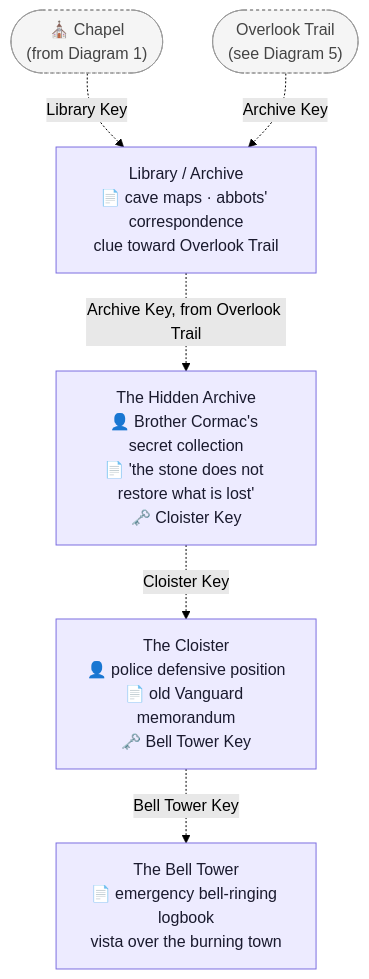
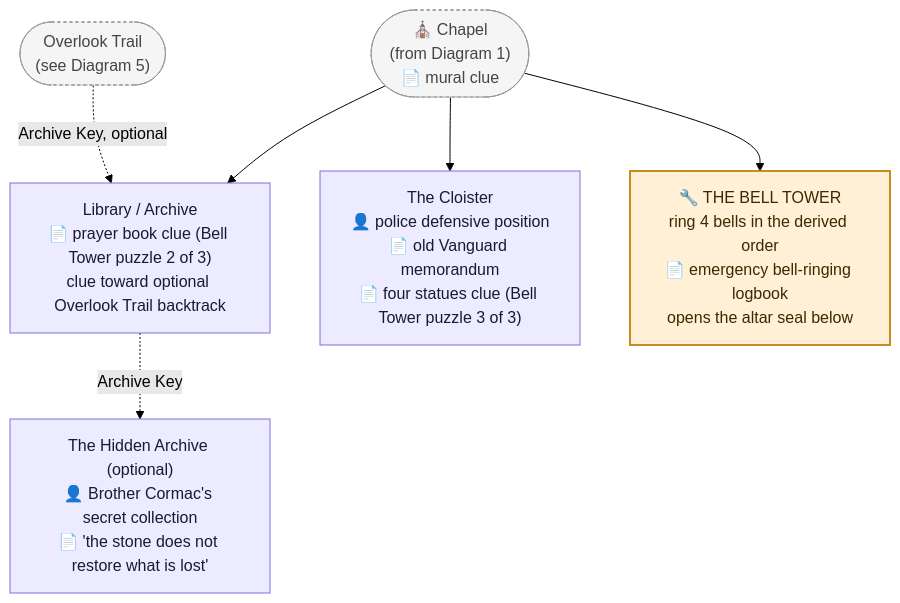
Before and after one commit to GIToez/Deadlock-Design: the third of 5 diagrams in DESIGN/Locations/Monastery.md, drawn with Mermaid (forest theme). The commit also changed other lines of this file and 5 other files, not shown here.

Commit message:
Refine puzzle designs: vary district opening rhythm, integrate Foundry rooms into casting line, redundant Academy clues, aggressive Monastery key cleanup, rebalance Police Station keys as optional

````diff
--- a/DESIGN/Locations/Monastery.md
+++ b/DESIGN/Locations/Monastery.md
@@ -531,20 +543,21 @@
 ```mermaid
 flowchart TD
-    CHAPELREF2(["⛪ Chapel<br/>(from Diagram 1)"])
+    CHAPELREF2(["⛪ Chapel<br/>(from Diagram 1)<br/>📄 mural clue"])
     TRAILREF(["Overlook Trail<br/>(see Diagram 5)"])
-    LIBRARY["Library / Archive<br/>📄 cave maps · abbots' correspondence<br/>clue toward Overlook Trail"]
-    HIDDEN["The Hidden Archive<br/>👤 Brother Cormac's secret collection<br/>📄 'the stone does not restore what is lost'<br/>🗝️ Cloister Key"]
-    CLOISTER["The Cloister<br/>👤 police defensive position<br/>📄 old Vanguard memorandum<br/>🗝️ Bell Tower Key"]
-    BELL["The Bell Tower<br/>📄 emergency bell-ringing logbook<br/>vista over the burning town"]
+    LIBRARY["Library / Archive<br/>📄 prayer book clue (Bell Tower puzzle 2 of 3)<br/>clue toward optional Overlook Trail backtrack"]
+    HIDDEN["The Hidden Archive (optional)<br/>👤 Brother Cormac's secret collection<br/>📄 'the stone does not restore what is lost'"]
+    CLOISTER["The Cloister<br/>👤 police defensive position<br/>📄 old Vanguard memorandum<br/>📄 four statues clue (Bell Tower puzzle 3 of 3)"]
+    BELL["🔧 THE BELL TOWER<br/>ring 4 bells in the derived order<br/>📄 emergency bell-ringing logbook<br/>opens the altar seal below"]
 
-    CHAPELREF2 -. Library Key .-> LIBRARY
-    TRAILREF -. Archive Key .-> LIBRARY
-    LIBRARY -. Archive Key, from Overlook Trail .-> HIDDEN
-    HIDDEN -. Cloister Key .-> CLOISTER
-    CLOISTER -. Bell Tower Key .-> BELL
+    CHAPELREF2 --> LIBRARY
+    CHAPELREF2 --> CLOISTER
+    CHAPELREF2 --> BELL
+    TRAILREF -. Archive Key, optional .-> LIBRARY -. Archive Key .-> HIDDEN
 
     classDef room fill:#EDEBFF,stroke:#7C6EE0,color:#1a1a2e
     classDef ref fill:#F5F5F5,stroke:#999999,color:#444444,stroke-dasharray:3 3
+    classDef puzzle fill:#FFF0D6,stroke:#C98A1E,color:#3a2a00,stroke-width:2px
     class CHAPELREF2,TRAILREF ref
-    class LIBRARY,HIDDEN,CLOISTER,BELL room
+    class LIBRARY,HIDDEN,CLOISTER room
+    class BELL puzzle
 ```
````
